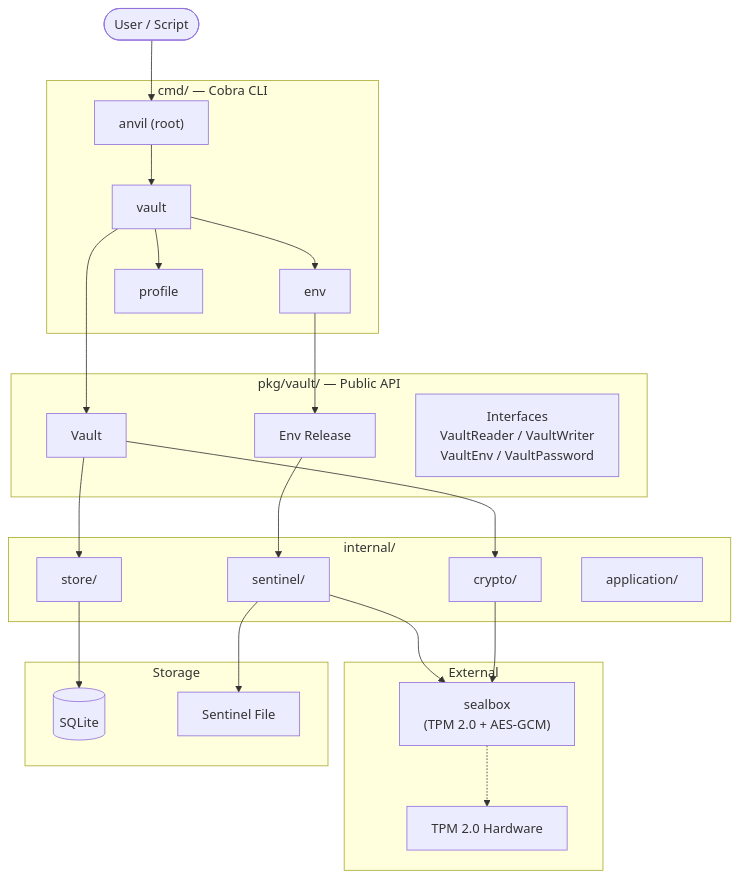
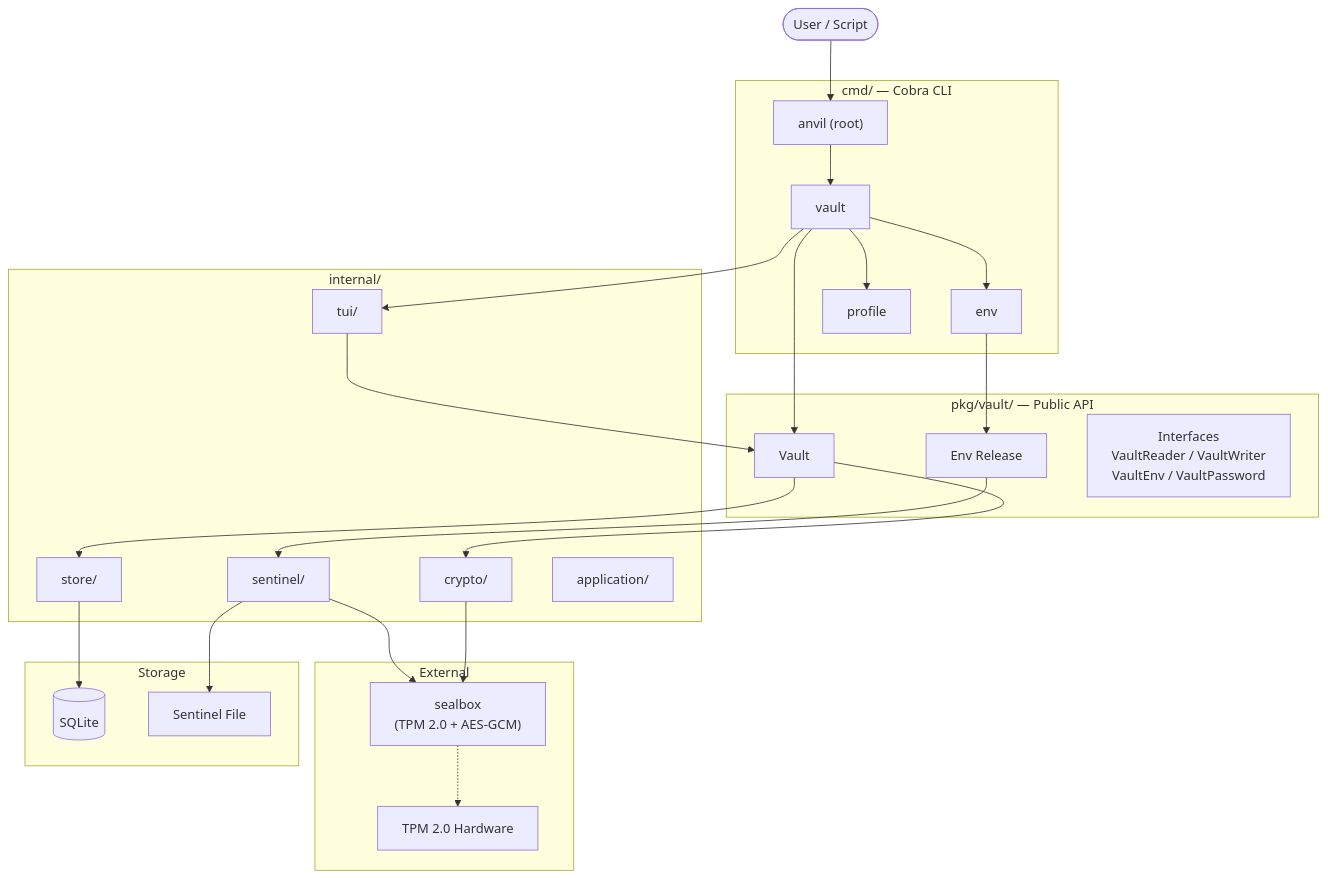
Before and after one commit to inovacc/anvil: the first of 15 diagrams in docs/ARCHITECTURE.md, drawn with Mermaid. The commit also changed other lines of this file and 4 other files, not shown here.

````diff
--- a/docs/ARCHITECTURE.md
+++ b/docs/ARCHITECTURE.md
@@ -7,49 +7,52 @@
 ```mermaid
 graph TB
     User([User / Script])
 
     subgraph CLI["cmd/ — Cobra CLI"]
         Root["anvil (root)"]
         VaultCmd["vault"]
         EnvCmd["env"]
         ProfileCmd["profile"]
     end
 
     subgraph Core["pkg/vault/ — Public API"]
         Vault["Vault"]
         EnvOps["Env Release"]
         Ifaces["Interfaces<br/>VaultReader / VaultWriter<br/>VaultEnv / VaultPassword"]
     end
 
     subgraph Internal["internal/"]
         Crypto["crypto/"]
         Sentinel["sentinel/"]
         Store["store/"]
         App["application/"]
+        TUI["tui/"]
     end
 
     subgraph External["External"]
         Sealbox["sealbox<br/>(TPM 2.0 + AES-GCM)"]
         TPM["TPM 2.0 Hardware"]
     end
 
     subgraph Storage["Storage"]
         DB[(SQLite)]
         FS["Sentinel File"]
     end
 
     User --> Root
     Root --> VaultCmd
     VaultCmd --> EnvCmd
     VaultCmd --> ProfileCmd
     VaultCmd --> Vault
+    VaultCmd --> TUI
+    TUI --> Vault
     EnvCmd --> EnvOps
     Vault --> Crypto
     Vault --> Store
     EnvOps --> Sentinel
     Sentinel --> Sealbox
     Crypto --> Sealbox
     Sealbox -.-> TPM
     Store --> DB
     Sentinel --> FS
 ```
````
